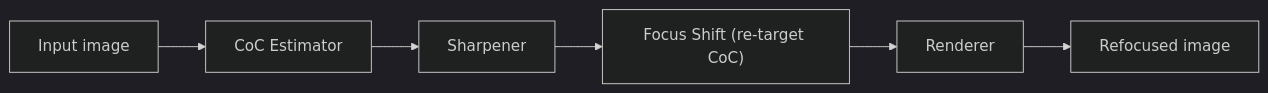
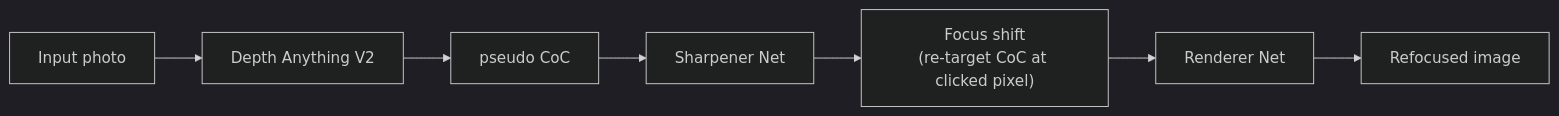
One commit to tejaswitripathi/Image-Refocusing changed the second of 2 diagrams in README.md. Above: the diagram before and after it, drawn with Mermaid (dark theme). The commit also changed other lines of this file and 4 other files, not shown here.

````diff
--- a/README.md
+++ b/README.md
@@ -87,8 +86,9 @@
 ```mermaid
 flowchart LR
-    IN["Input image"] --> COCE["CoC Estimator"]
-    COCE --> SH["Sharpener"]
-    SH --> FS["Focus Shift (re-target CoC)"]
-    FS --> RN["Renderer"]
+    IN["Input photo"] --> DA["Depth Anything V2"]
+    DA --> PC["pseudo CoC"]
+    PC --> SH["Sharpener Net"]
+    SH --> FS["Focus shift<br/>(re-target CoC at clicked pixel)"]
+    FS --> RN["Renderer Net"]
     RN --> OUT["Refocused image"]
 ```
````
